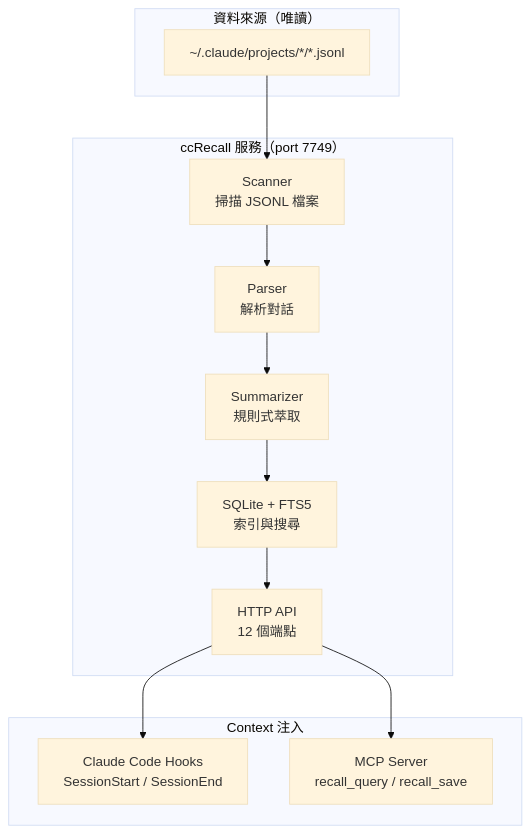
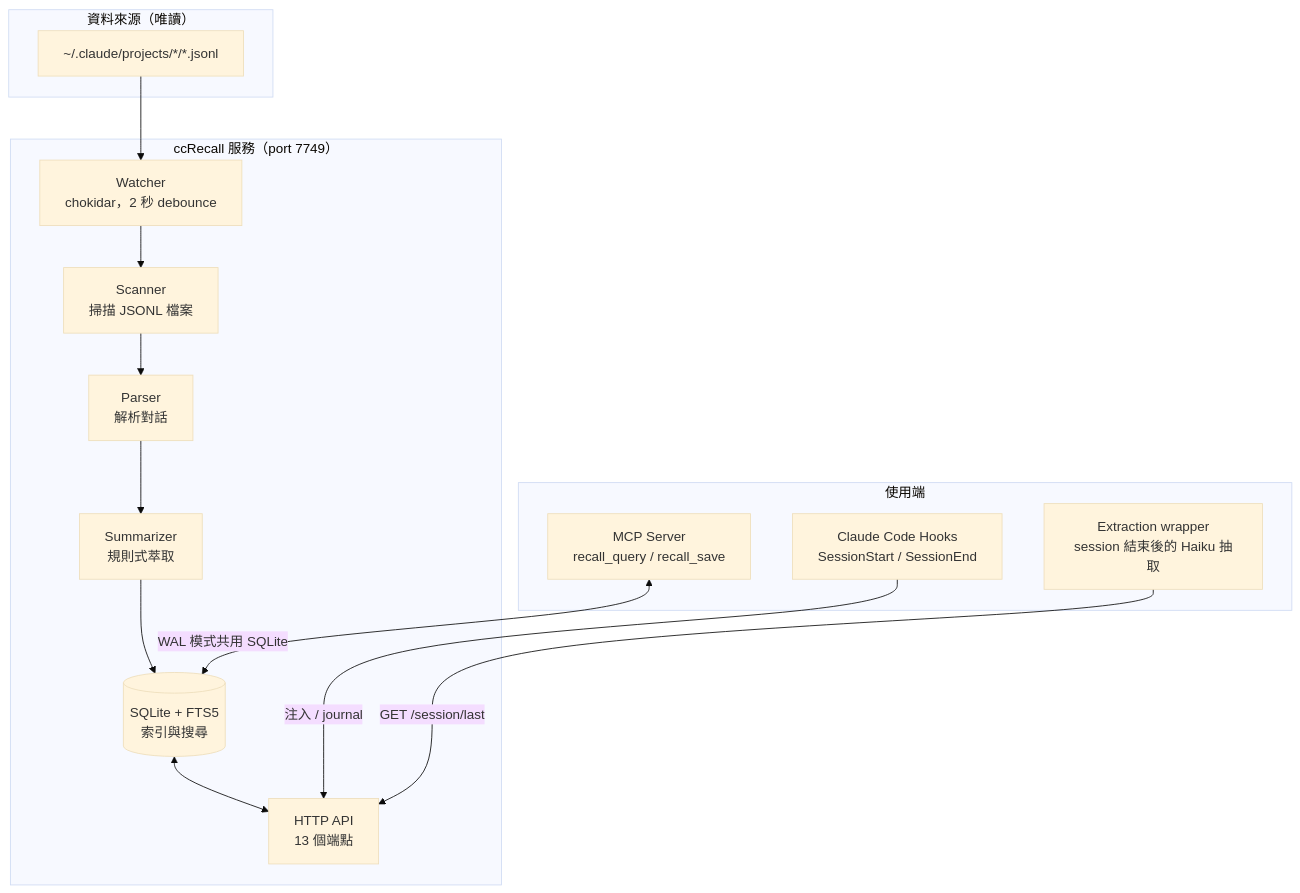
One commit to tznthou/ccRecall changed the first of 2 diagrams in README_ZH.md. Above: the diagram before and after it, drawn with Mermaid (base theme). The commit also changed other lines of this file and 4 other files, not shown here.

First line of the commit message:
fix: no-session-id extraction skips — zsh echo JSON mangling + subagent shadow guard (#63)

````diff
--- a/README_ZH.md
+++ b/README_ZH.md
@@ -57,24 +57,27 @@
 ```mermaid
 flowchart TB
     subgraph Input["資料來源（唯讀）"]
         JSONL["~/.claude/projects/*/*.jsonl"]
     end
 
     subgraph Core["ccRecall 服務（port 7749）"]
+        Watcher["Watcher<br/>chokidar，2 秒 debounce"]
         Scanner["Scanner<br/>掃描 JSONL 檔案"]
         Parser["Parser<br/>解析對話"]
         Summarizer["Summarizer<br/>規則式萃取"]
-        DB["SQLite + FTS5<br/>索引與搜尋"]
-        API["HTTP API<br/>12 個端點"]
+        DB[("SQLite + FTS5<br/>索引與搜尋")]
+        API["HTTP API<br/>13 個端點"]
     end
 
-    subgraph Consumers["Context 注入"]
+    subgraph Consumers["使用端"]
         Hook["Claude Code Hooks<br/>SessionStart / SessionEnd"]
+        Wrapper["Extraction wrapper<br/>session 結束後的 Haiku 抽取"]
         MCP["MCP Server<br/>recall_query / recall_save"]
     end
 
-    JSONL --> Scanner --> Parser --> Summarizer --> DB
-    DB --> API
-    API --> Hook
-    API --> MCP
+    JSONL --> Watcher --> Scanner --> Parser --> Summarizer --> DB
+    DB <--> API
+    Hook -->|"注入 / journal"| API
+    Wrapper -->|"GET /session/last"| API
+    MCP <-->|"WAL 模式共用 SQLite"| DB
 ```
````
